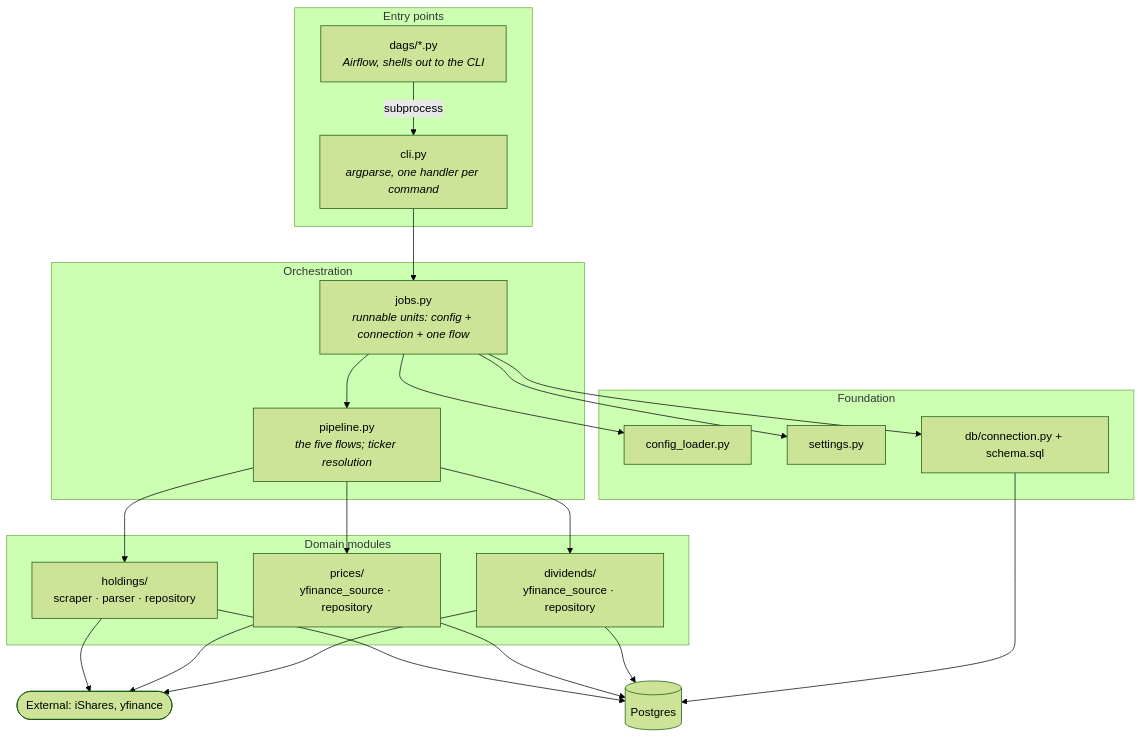
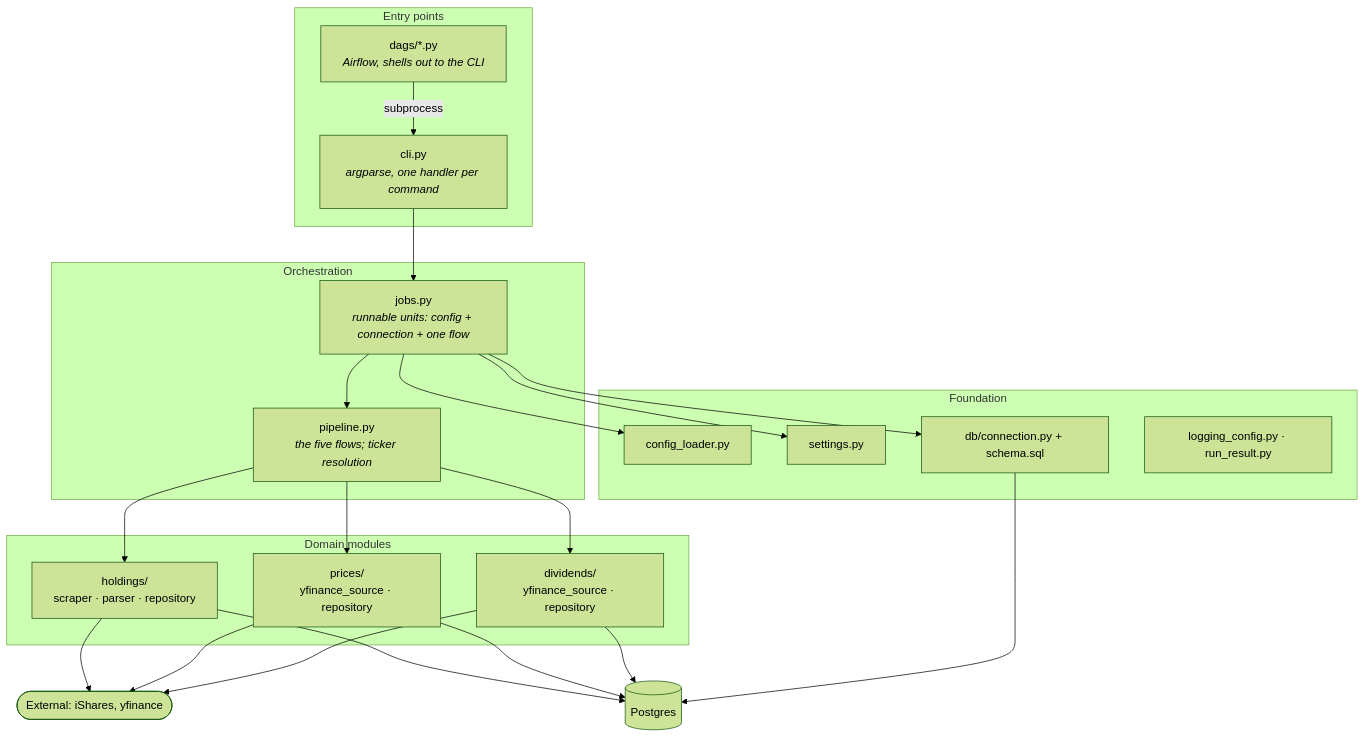
The first of 3 diagrams in services/data-store/docs/architecture.md (jpedropereira/Stakehold), drawn with Mermaid (forest theme) before and after one commit. The commit also changed other lines of this file and 7 other files, not shown here.

````diff
--- a/services/data-store/docs/architecture.md
+++ b/services/data-store/docs/architecture.md
@@ -24,44 +24,45 @@
 ```mermaid
 flowchart TD
     subgraph entry["Entry points"]
         CLI["cli.py<br/><i>argparse, one handler per command</i>"]
         DAGS["dags/*.py<br/><i>Airflow, shells out to the CLI</i>"]
     end
 
     subgraph orch["Orchestration"]
         JOBS["jobs.py<br/><i>runnable units: config + connection + one flow</i>"]
         PIPE["pipeline.py<br/><i>the five flows; ticker resolution</i>"]
     end
 
     subgraph domain["Domain modules"]
         HOLD["holdings/<br/>scraper · parser · repository"]
         PRICE["prices/<br/>yfinance_source · repository"]
         DIV["dividends/<br/>yfinance_source · repository"]
     end
 
     subgraph found["Foundation"]
         CONF["config_loader.py"]
         SET["settings.py"]
         DB["db/connection.py + schema.sql"]
+        LOG["logging_config.py · run_result.py"]
     end
 
     PG[("Postgres")]
     EXT(["External: iShares, yfinance"])
 
     DAGS -->|subprocess| CLI
     CLI --> JOBS
     JOBS --> PIPE
     JOBS --> CONF
     JOBS --> SET
     JOBS --> DB
     PIPE --> HOLD
     PIPE --> PRICE
     PIPE --> DIV
     HOLD --> EXT
     PRICE --> EXT
     DIV --> EXT
     HOLD --> PG
     PRICE --> PG
     DIV --> PG
     DB --> PG
 ```
````
